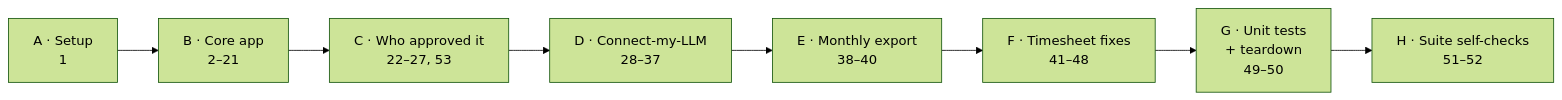
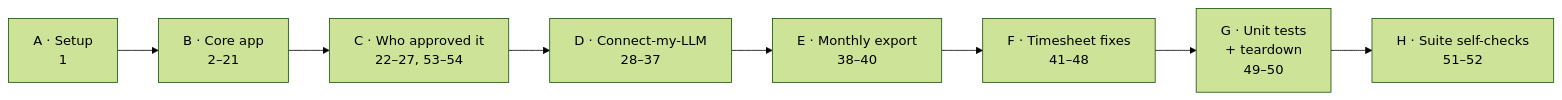
Before and after one commit to JoshNorris-Titan/titan-time-e2e: the third of 3 diagrams in README.md, drawn with Mermaid (forest theme). The commit also changed other lines of this file and 1 other file, not shown here.

````diff
--- a/README.md
+++ b/README.md
@@ -127,6 +127,6 @@
 ```mermaid
 flowchart LR
-  A["A · Setup<br/>1"] --> B["B · Core app<br/>2–21"] --> C["C · Who approved it<br/>22–27, 53"] --> D["D · Connect-my-LLM<br/>28–37"]
+  A["A · Setup<br/>1"] --> B["B · Core app<br/>2–21"] --> C["C · Who approved it<br/>22–27, 53–54"] --> D["D · Connect-my-LLM<br/>28–37"]
   D --> E["E · Monthly export<br/>38–40"] --> F["F · Timesheet fixes<br/>41–48"] --> G["G · Unit tests<br/>+ teardown<br/>49–50"]
   G --> H["H · Suite self-checks<br/>51–52"]
 ```
````
